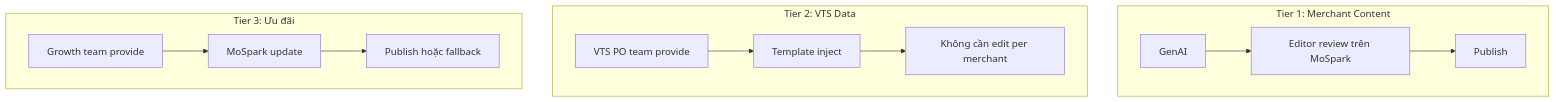
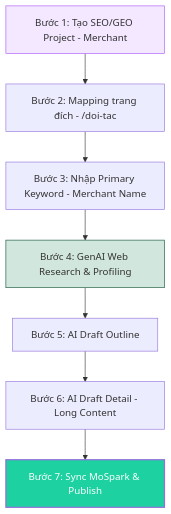
Before and after one commit to vanhien26/hienho-knowledgebase: the first of 4 diagrams in 04_USE_CASE_MOMO/doi-tac-brd.md, drawn with Mermaid. The commit also changed other lines of this file and 27 other files, not shown here.

````diff
--- a/04_USE_CASE_MOMO/doi-tac-brd.md
+++ b/04_USE_CASE_MOMO/doi-tac-brd.md
@@ -260,17 +208,13 @@
 ```mermaid
 graph TD
-    subgraph Tier 1: Merchant Content
-        A1[GenAI] --> B1[Editor review trên MoSpark]
-        B1 --> C1[Publish]
-    end
+    S1[Bước 1: Tạo SEO/GEO Project - Merchant] --> S2[Bước 2: Mapping trang đích - /doi-tac]
+    S2 --> S3[Bước 3: Nhập Primary Keyword - Merchant Name]
+    S3 --> S4[Bước 4: GenAI Web Research & Profiling]
+    S4 --> S5[Bước 5: AI Draft Outline]
+    S5 --> S6[Bước 6: AI Draft Detail - Long Content]
+    S6 --> S7[Bước 7: Sync MoSpark & Publish]
     
-    subgraph Tier 2: VTS Data
-        A2[VTS PO team provide] --> B2[Template inject]
-        B2 --> C2[Không cần edit per merchant]
-    end
-    
-    subgraph Tier 3: Ưu đãi
-        A3[Growth team provide] --> B3[MoSpark update]
-        B3 --> C3[Publish hoặc fallback]
-    end
+    style S1 fill:#f3e8ff,stroke:#a855f7
+    style S4 fill:#d1e7dd,stroke:#0f5132
+    style S7 fill:#1dd1a1,color:#fff,stroke-width:2px
 ```
````
